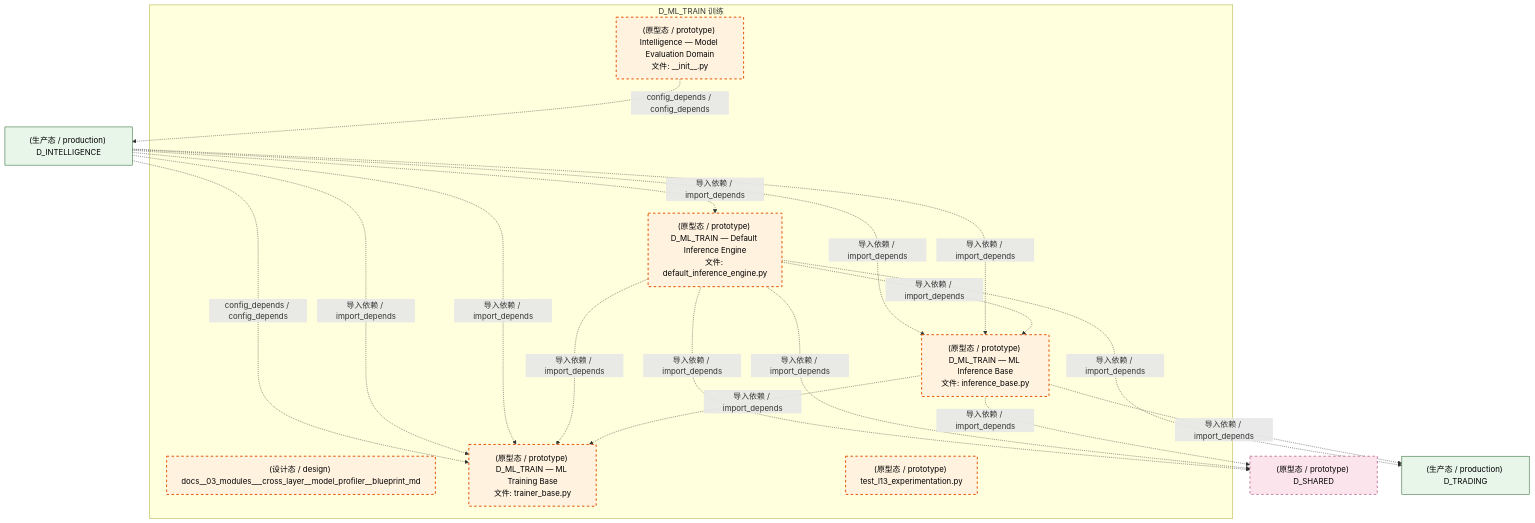
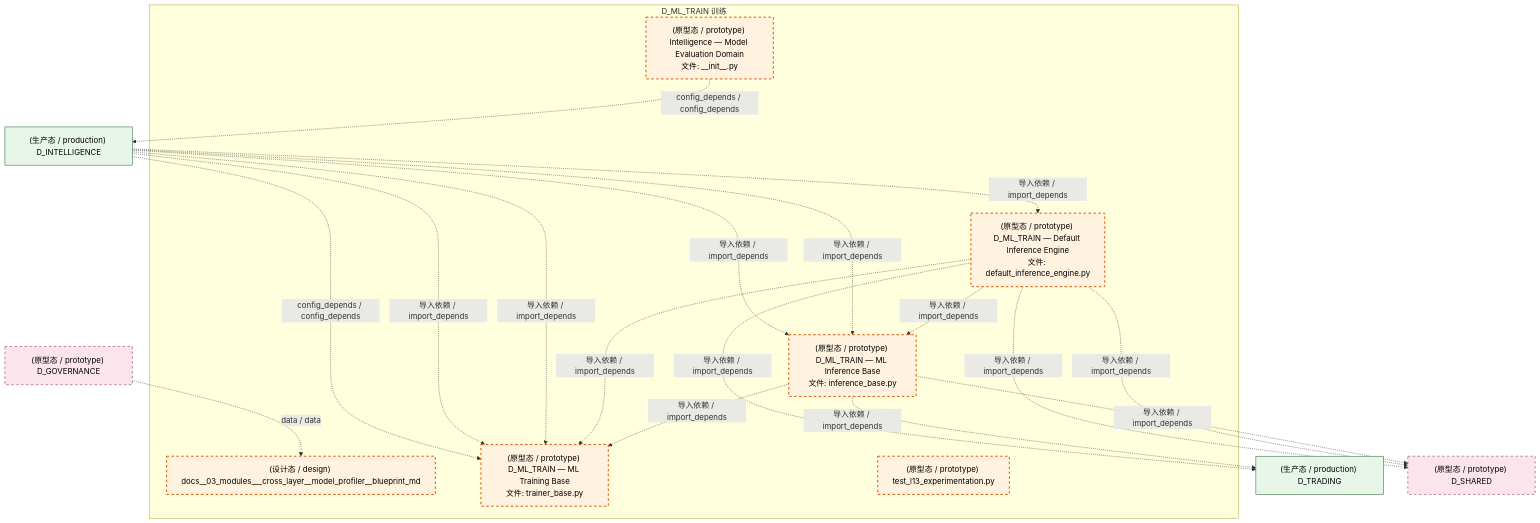
The first of 4 diagrams in docs/02_enterprise_architecture/02_domain_architecture_docs/50_d_ml_train.md (xuanFelixVan/ZephyrAlpha), drawn with Mermaid before and after one commit. The commit also changed other lines of this file and 126 other files, not shown here.

````diff
--- a/docs/02_enterprise_architecture/02_domain_architecture_docs/50_d_ml_train.md
+++ b/docs/02_enterprise_architecture/02_domain_architecture_docs/50_d_ml_train.md
@@ -74,36 +74,38 @@
 ```mermaid
 graph TD
     subgraph D_ML_TRAIN["D_ML_TRAIN 训练"]
         docs_03_modules_cross_layer_model_profiler_blueprint_md["(设计态 / design) docs__03_modules___cross_layer__model_profiler__blueprint_md"]
         src_zephyr_intelligence_model_evaluation_init_py["(原型态 / prototype) Intelligence — Model Evaluation Domain<br/>文件: __init__.py"]
         src_zephyr_ml_train_implementations_default_inference_engine_py["(原型态 / prototype) D_ML_TRAIN — Default Inference Engine<br/>文件: default_inference_engine.py"]
         src_zephyr_ml_train_inference_base_py["(原型态 / prototype) D_ML_TRAIN — ML Inference Base<br/>文件: inference_base.py"]
         src_zephyr_ml_train_trainer_base_py["(原型态 / prototype) D_ML_TRAIN — ML Training Base<br/>文件: trainer_base.py"]
         tests_ml_experiment_test_l13_experimentation_py["(原型态 / prototype) test_l13_experimentation.py"]
     end
     src_zephyr_ml_train_inference_base_py -.->|导入依赖 / import_depends| src_zephyr_ml_train_trainer_base_py
     src_zephyr_ml_train_implementations_default_inference_engine_py -.->|导入依赖 / import_depends| src_zephyr_ml_train_trainer_base_py
     src_zephyr_ml_train_implementations_default_inference_engine_py -.->|导入依赖 / import_depends| src_zephyr_ml_train_inference_base_py
     D_INTELLIGENCE["(生产态 / production) D_INTELLIGENCE"]
     src_zephyr_intelligence_model_evaluation_init_py -.->|config_depends / config_depends| D_INTELLIGENCE
+    D_TRADING["(生产态 / production) D_TRADING"]
+    src_zephyr_ml_train_inference_base_py -.->|导入依赖 / import_depends| D_TRADING
     D_SHARED["(原型态 / prototype) D_SHARED"]
     src_zephyr_ml_train_inference_base_py -.->|导入依赖 / import_depends| D_SHARED
-    D_TRADING["(生产态 / production) D_TRADING"]
-    src_zephyr_ml_train_inference_base_py -.->|导入依赖 / import_depends| D_TRADING
     src_zephyr_ml_train_implementations_default_inference_engine_py -.->|导入依赖 / import_depends| D_SHARED
     src_zephyr_ml_train_implementations_default_inference_engine_py -.->|导入依赖 / import_depends| D_SHARED
     src_zephyr_ml_train_implementations_default_inference_engine_py -.->|导入依赖 / import_depends| D_TRADING
+    D_INTELLIGENCE -.->|导入依赖 / import_depends| src_zephyr_ml_train_trainer_base_py
+    D_INTELLIGENCE -.->|导入依赖 / import_depends| src_zephyr_ml_train_inference_base_py
+    D_INTELLIGENCE -.->|导入依赖 / import_depends| src_zephyr_ml_train_implementations_default_inference_engine_py
     D_INTELLIGENCE -.->|导入依赖 / import_depends| src_zephyr_ml_train_inference_base_py
     D_INTELLIGENCE -.->|导入依赖 / import_depends| src_zephyr_ml_train_trainer_base_py
-    D_INTELLIGENCE -.->|导入依赖 / import_depends| src_zephyr_ml_train_inference_base_py
-    D_INTELLIGENCE -.->|导入依赖 / import_depends| src_zephyr_ml_train_trainer_base_py
-    D_INTELLIGENCE -.->|导入依赖 / import_depends| src_zephyr_ml_train_implementations_default_inference_engine_py
     D_INTELLIGENCE -.->|config_depends / config_depends| src_zephyr_ml_train_trainer_base_py
+    D_GOVERNANCE["(原型态 / prototype) D_GOVERNANCE"]
+    D_GOVERNANCE -.->|data / data| docs_03_modules_cross_layer_model_profiler_blueprint_md
     classDef production fill:#e1f5fe,stroke:#01579b,stroke-width:2px,color:#000
     classDef design fill:#fff3e0,stroke:#e65100,stroke-width:2px,color:#000,stroke-dasharray: 5 5
     classDef external_prod fill:#e8f5e9,stroke:#1b5e20,stroke-width:1px,color:#000
     classDef external_design fill:#fce4ec,stroke:#880e4f,stroke-width:1px,color:#000,stroke-dasharray: 5 5
     class docs_03_modules_cross_layer_model_profiler_blueprint_md,src_zephyr_intelligence_model_evaluation_init_py,src_zephyr_ml_train_implementations_default_inference_engine_py,src_zephyr_ml_train_inference_base_py,src_zephyr_ml_train_trainer_base_py,tests_ml_experiment_test_l13_experimentation_py design
     class D_INTELLIGENCE,D_TRADING external_prod
-    class D_SHARED external_design
+    class D_SHARED,D_GOVERNANCE external_design
 ```
````
